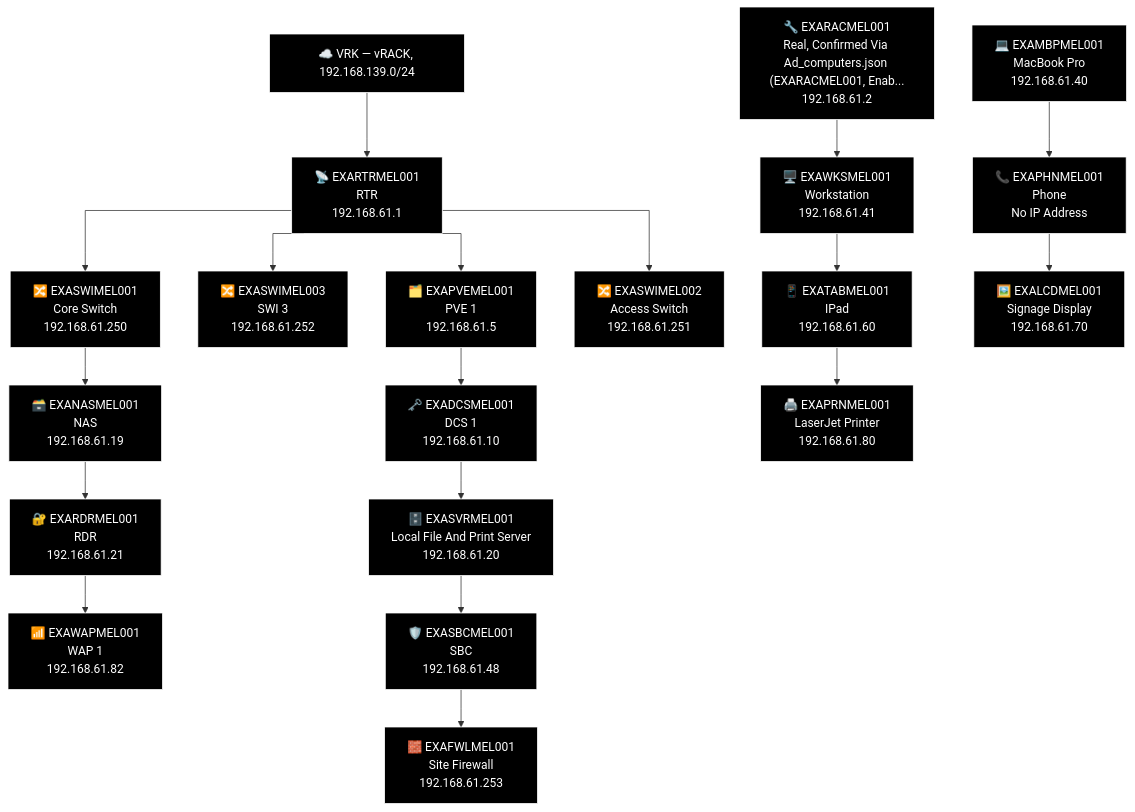
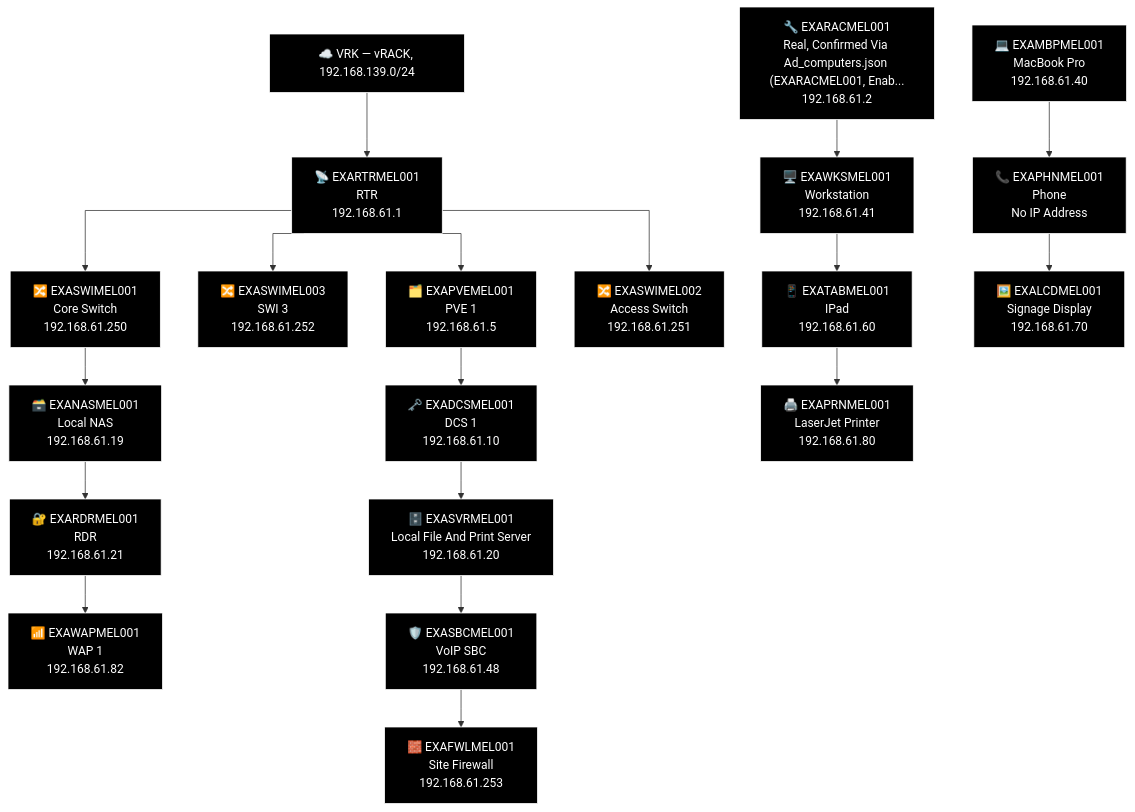
Before and after one commit to knightmare2600/example_music_infra: the sixth of 6 diagrams in docs/network-diagram/australia.md, drawn with Mermaid. The commit also changed other lines of this file and 36 other files, not shown here.

First line of the commit message:
devices.csv: add real WAP/SBC/RAC/NAS/ILO/FWL rows for the missing-row backlog

````diff
--- a/docs/network-diagram/australia.md
+++ b/docs/network-diagram/australia.md
@@ -310,55 +310,55 @@
 ```mermaid
 %% GENERATED:TOPOLOGY:MEL:START
 %%{init: {'flowchart': {'curve': 'stepAfter'}}}%%
 graph TD
     T_VRK["☁️ VRK — vRACK, 192.168.139.0/24"]
     T_RTR["📡 EXARTRMEL001<br/>RTR<br/>192.168.61.1"]
     T_VRK --> T_RTR
     T_PVE["🗂️ EXAPVEMEL001<br/>PVE 1<br/>192.168.61.5"]
     T_RTR --> T_PVE
     T_SWI["🔀 EXASWIMEL003<br/>SWI 3<br/>192.168.61.252"]
     T_RTR --> T_SWI
     T_SWI2["🔀 EXASWIMEL001<br/>Core Switch<br/>192.168.61.250"]
     T_RTR --> T_SWI2
     T_SWI3["🔀 EXASWIMEL002<br/>Access Switch<br/>192.168.61.251"]
     T_RTR --> T_SWI3
-    T_NAS["🗃️ EXANASMEL001<br/>NAS<br/>192.168.61.19"]
+    T_NAS["🗃️ EXANASMEL001<br/>Local NAS<br/>192.168.61.19"]
     T_RDR["🔐 EXARDRMEL001<br/>RDR<br/>192.168.61.21"]
     T_WAP["📶 EXAWAPMEL001<br/>WAP 1<br/>192.168.61.82"]
     T_SWI2 --> T_NAS --> T_RDR --> T_WAP
     T_DCS["🗝️ EXADCSMEL001<br/>DCS 1<br/>192.168.61.10"]
     T_SVR["🗄️ EXASVRMEL001<br/>Local File And Print Server<br/>192.168.61.20"]
-    T_SBC["🛡️ EXASBCMEL001<br/>SBC<br/>192.168.61.48"]
+    T_SBC["🛡️ EXASBCMEL001<br/>VoIP SBC<br/>192.168.61.48"]
     T_FWL["🧱 EXAFWLMEL001<br/>Site Firewall<br/>192.168.61.253"]
     T_PVE --> T_DCS --> T_SVR --> T_SBC --> T_FWL
     T_RAC["🔧 EXARACMEL001<br/>Real, Confirmed Via Ad_computers.json (EXARACMEL001, Enab...<br/>192.168.61.2"]
     T_MBP["💻 EXAMBPMEL001<br/>MacBook Pro<br/>192.168.61.40"]
     T_WKS["🖥️ EXAWKSMEL001<br/>Workstation<br/>192.168.61.41"]
     T_PHN["📞 EXAPHNMEL001<br/>Phone<br/>No IP Address"]
     T_TAB["📱 EXATABMEL001<br/>IPad<br/>192.168.61.60"]
     T_LCD["🖼️ EXALCDMEL001<br/>Signage Display<br/>192.168.61.70"]
     T_PRN["🖨️ EXAPRNMEL001<br/>LaserJet Printer<br/>192.168.61.80"]
     T_RAC --> T_WKS --> T_TAB --> T_PRN
     T_MBP --> T_PHN --> T_LCD
     style T_VRK fill:#000000,stroke:#FFFFFF,color:#FFFFFF
     style T_RTR fill:#000000,stroke:#FFFFFF,color:#FFFFFF
     style T_PVE fill:#000000,stroke:#FFFFFF,color:#FFFFFF
     style T_SWI fill:#000000,stroke:#FFFFFF,color:#FFFFFF
     style T_SWI2 fill:#000000,stroke:#FFFFFF,color:#FFFFFF
     style T_SWI3 fill:#000000,stroke:#FFFFFF,color:#FFFFFF
     style T_NAS fill:#000000,stroke:#FFFFFF,color:#FFFFFF
     style T_RDR fill:#000000,stroke:#FFFFFF,color:#FFFFFF
     style T_WAP fill:#000000,stroke:#FFFFFF,color:#FFFFFF
     style T_DCS fill:#000000,stroke:#FFFFFF,color:#FFFFFF
     style T_SVR fill:#000000,stroke:#FFFFFF,color:#FFFFFF
     style T_SBC fill:#000000,stroke:#FFFFFF,color:#FFFFFF
     style T_FWL fill:#000000,stroke:#FFFFFF,color:#FFFFFF
     style T_RAC fill:#000000,stroke:#FFFFFF,color:#FFFFFF
     style T_MBP fill:#000000,stroke:#FFFFFF,color:#FFFFFF
     style T_WKS fill:#000000,stroke:#FFFFFF,color:#FFFFFF
     style T_PHN fill:#000000,stroke:#FFFFFF,color:#FFFFFF
     style T_TAB fill:#000000,stroke:#FFFFFF,color:#FFFFFF
     style T_LCD fill:#000000,stroke:#FFFFFF,color:#FFFFFF
     style T_PRN fill:#000000,stroke:#FFFFFF,color:#FFFFFF
 %% GENERATED:TOPOLOGY:MEL:END
 ```
````
